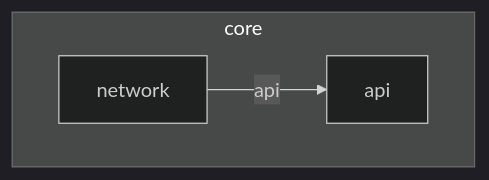
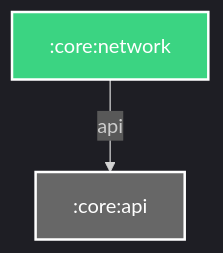
The diagram in core/network/README.md (Dussim/cv-app), drawn with Mermaid before and after one commit. The commit also changed 34 other files, not shown here.

````diff
--- a/core/network/README.md
+++ b/core/network/README.md
@@ -3,14 +3,16 @@
 ```mermaid
 %%{
   init: {
     'theme': 'dark'
   }
 }%%
 
 graph TB
-  subgraph core
-    api
-    network
-  end
-  network -- api --> api
+  :core:network -- api --> :core:api
+
+classDef android-library fill:#3BD482,stroke:#fff,stroke-width:2px,color:#fff;
+classDef unknown fill:#676767,stroke:#fff,stroke-width:2px,color:#fff;
+class :core:network android-library
+class :core:api unknown
+
 ```
````
